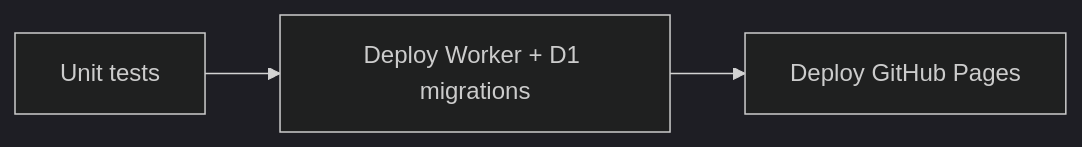
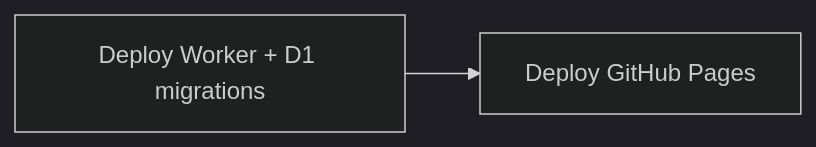
Before and after one commit to MerlinDrews/step-tracker: the diagram in docs/DEPLOY.md, drawn with Mermaid (dark theme). The commit also changed other lines of this file and 3 other files, not shown here.

First line of the commit message:
Run unit tests on PRs only; deploy alone on main.

````diff
--- a/docs/DEPLOY.md
+++ b/docs/DEPLOY.md
@@ -108,8 +108,6 @@
 ```mermaid
 flowchart LR
-  test[Unit tests]
   worker[Deploy Worker + D1 migrations]
   pages[Deploy GitHub Pages]
-  test --> worker
   worker --> pages
 ```
````
